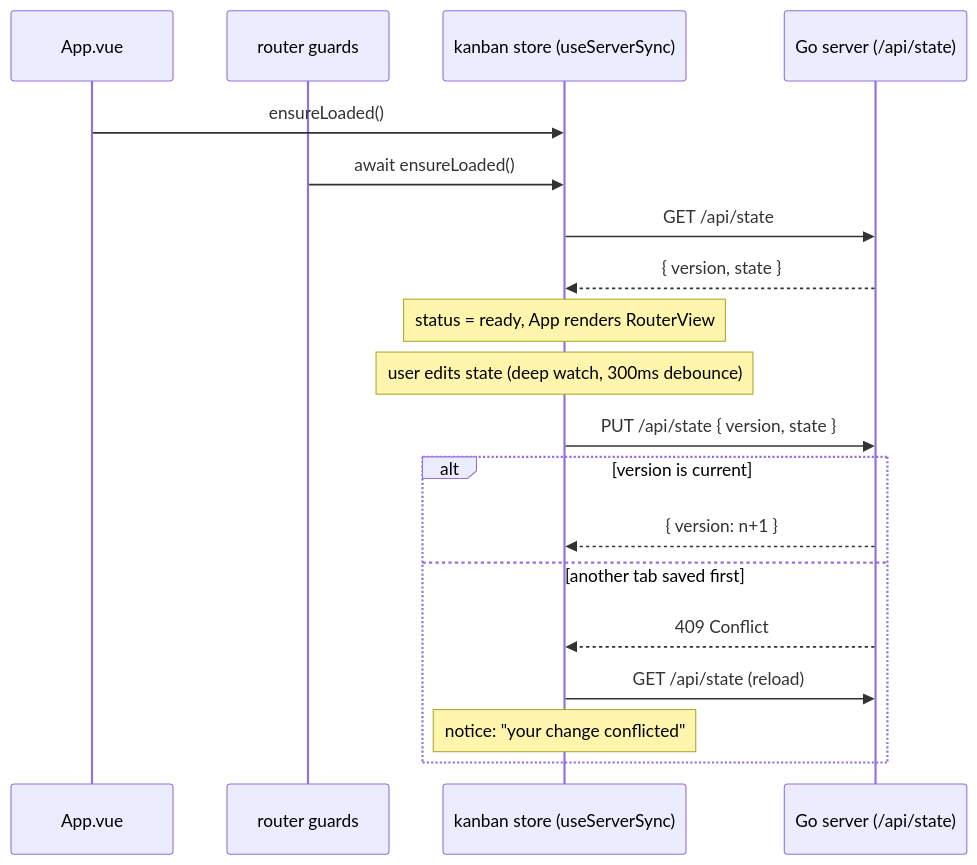
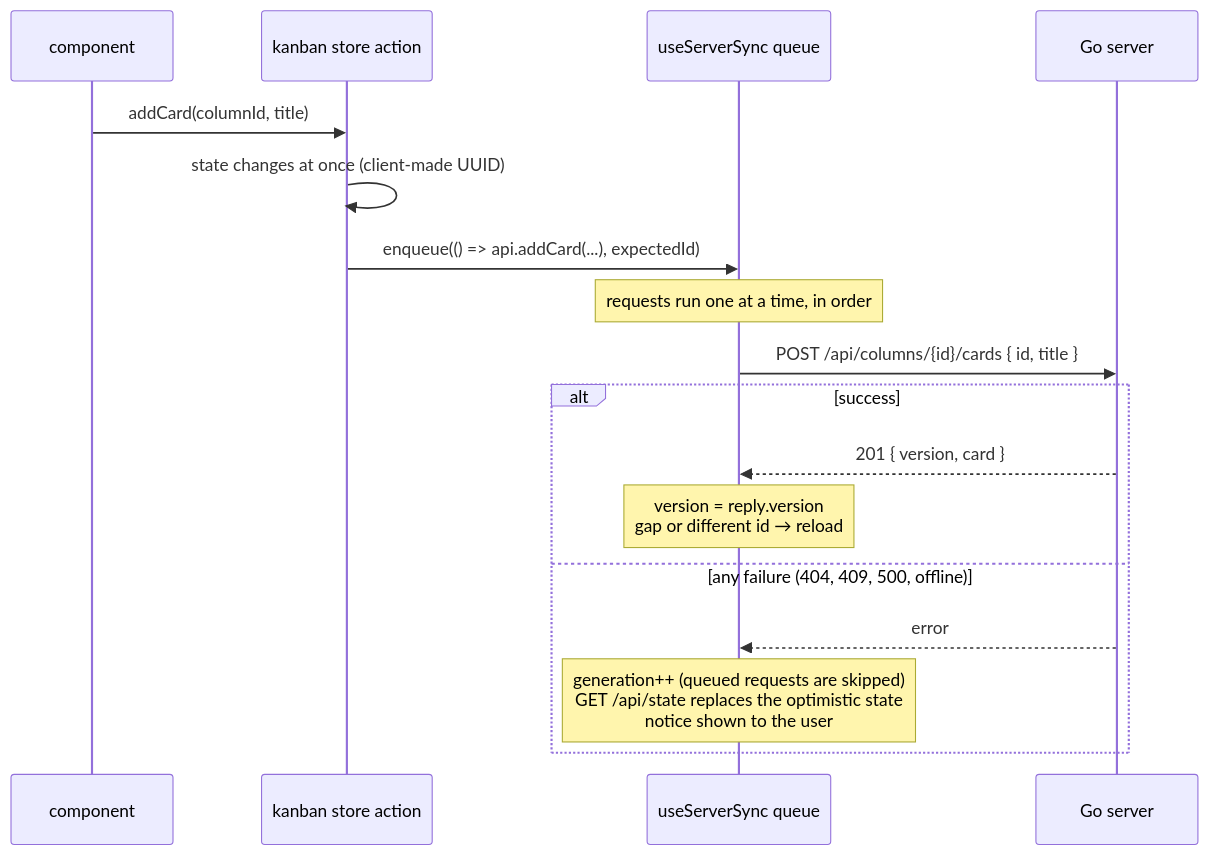
Before and after one commit to 0quasarquantum0/Kanban_Vue: the eighth of 16 diagrams in docs/architecture.md, drawn with Mermaid. The commit also changed other lines of this file and 14 other files, not shown here.

Commit message:
go step 6: per-action endpoints with optimistic updates

````diff
--- a/docs/architecture.md
+++ b/docs/architecture.md
@@ -221,22 +224,20 @@
 ```mermaid
 sequenceDiagram
-  participant App as App.vue
-  participant Guard as router guards
-  participant Store as kanban store (useServerSync)
-  participant Go as Go server (/api/state)
+  participant UI as component
+  participant Store as kanban store action
+  participant Q as useServerSync queue
+  participant Go as Go server
 
-  App->>Store: ensureLoaded()
-  Guard->>Store: await ensureLoaded()
-  Store->>Go: GET /api/state
-  Go-->>Store: { version, state }
-  Note over Store: status = ready, App renders RouterView
-  Note over Store: user edits state (deep watch, 300ms debounce)
-  Store->>Go: PUT /api/state { version, state }
-  alt version is current
-    Go-->>Store: { version: n+1 }
-  else another tab saved first
-    Go-->>Store: 409 Conflict
-    Store->>Go: GET /api/state (reload)
-    Note over Store: notice: "your change conflicted"
+  UI->>Store: addCard(columnId, title)
+  Store->>Store: state changes at once (client-made UUID)
+  Store->>Q: enqueue(() => api.addCard(...), expectedId)
+  Note over Q: requests run one at a time, in order
+  Q->>Go: POST /api/columns/{id}/cards { id, title }
+  alt success
+    Go-->>Q: 201 { version, card }
+    Note over Q: version = reply.version<br/>gap or different id → reload
+  else any failure (404, 409, 500, offline)
+    Go-->>Q: error
+    Note over Q: generation++ (queued requests are skipped)<br/>GET /api/state replaces the optimistic state<br/>notice shown to the user
   end
 ```
````
